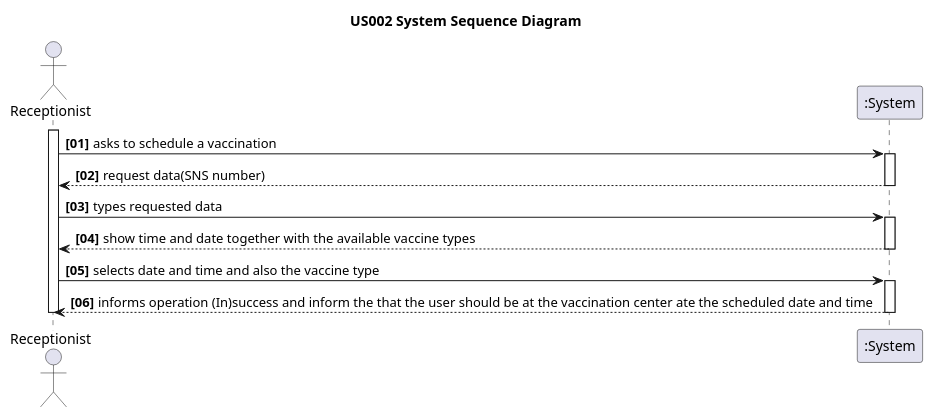
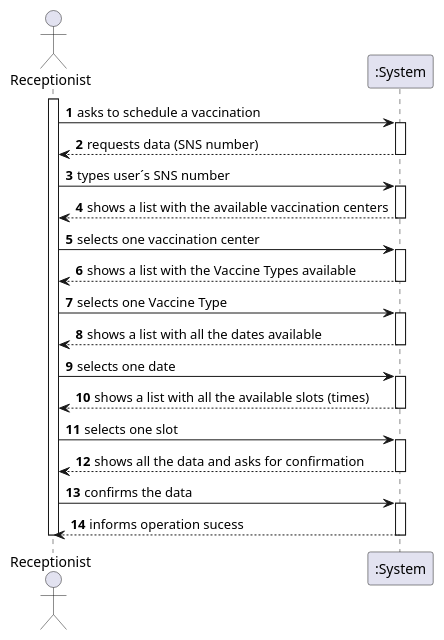
The diagram in docs/SprintC/US002/US002_SSD.puml (Pirussa/lei-22-s2-1da-g02), drawn with PlantUML before and after one commit. The commit also changed 2 other files, not shown here.

```diff
--- a/docs/SprintC/US002/US002_SSD.puml
+++ b/docs/SprintC/US002/US002_SSD.puml
@@ -1,28 +1,53 @@
 @startuml
 
-title US002 System Sequence Diagram
+autonumber
+actor "Receptionist" as R
 
-autonumber "<b>[00]"
+activate R
+R -> ":System" : asks to schedule a vaccination
 
-actor Receptionist
-
-activate Receptionist
-
-Receptionist -> ":System": asks to schedule a vaccination
 activate ":System"
-Receptionist <-- ":System": request data(SNS number)
+":System" --> R : requests data (SNS number)
 deactivate ":System"
 
-Receptionist-> ":System": types requested data
+R -> ":System"  : types user´s SNS number
+
 activate ":System"
-Receptionist <-- ":System": show time and date together with the available vaccine types
+":System" --> R : shows a list with the available vaccination centers
+deactivate ":System"
+R -> ":System" : selects one vaccination center
+
+activate ":System"
+
+ ":System" --> R : shows a list with the Vaccine Types available
+
 deactivate ":System"
 
-Receptionist -> ":System":  selects date and time and also the vaccine type
+R -> ":System" : selects one Vaccine Type
 activate ":System"
-Receptionist <-- ":System": informs operation (In)success and inform the that the user should be at the vaccination center ate the scheduled date and time
+
+":System" --> R : shows a list with all the dates available
 deactivate ":System"
 
-deactivate Receptionist
+R -> ":System" : selects one date
+
+activate ":System"
+":System" --> R : shows a list with all the available slots (times)
+deactivate ":System"
+
+R -> ":System" : selects one slot
+
+activate ":System"
+
+":System" --> R : shows all the data and asks for confirmation
+deactivate ":System"
+
+R -> ":System" : confirms the data
+
+activate ":System"
+":System" --> R : informs operation sucess
+
+deactivate ":System"
+deactivate R
 
 @enduml
```
